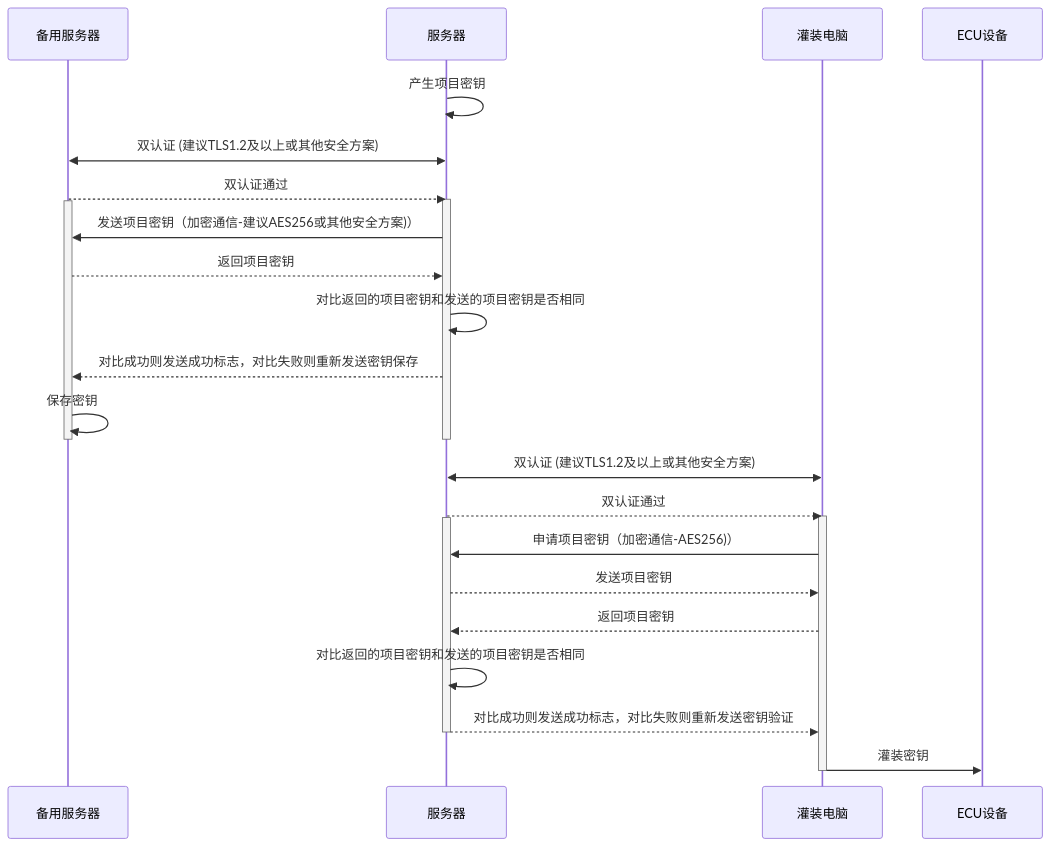
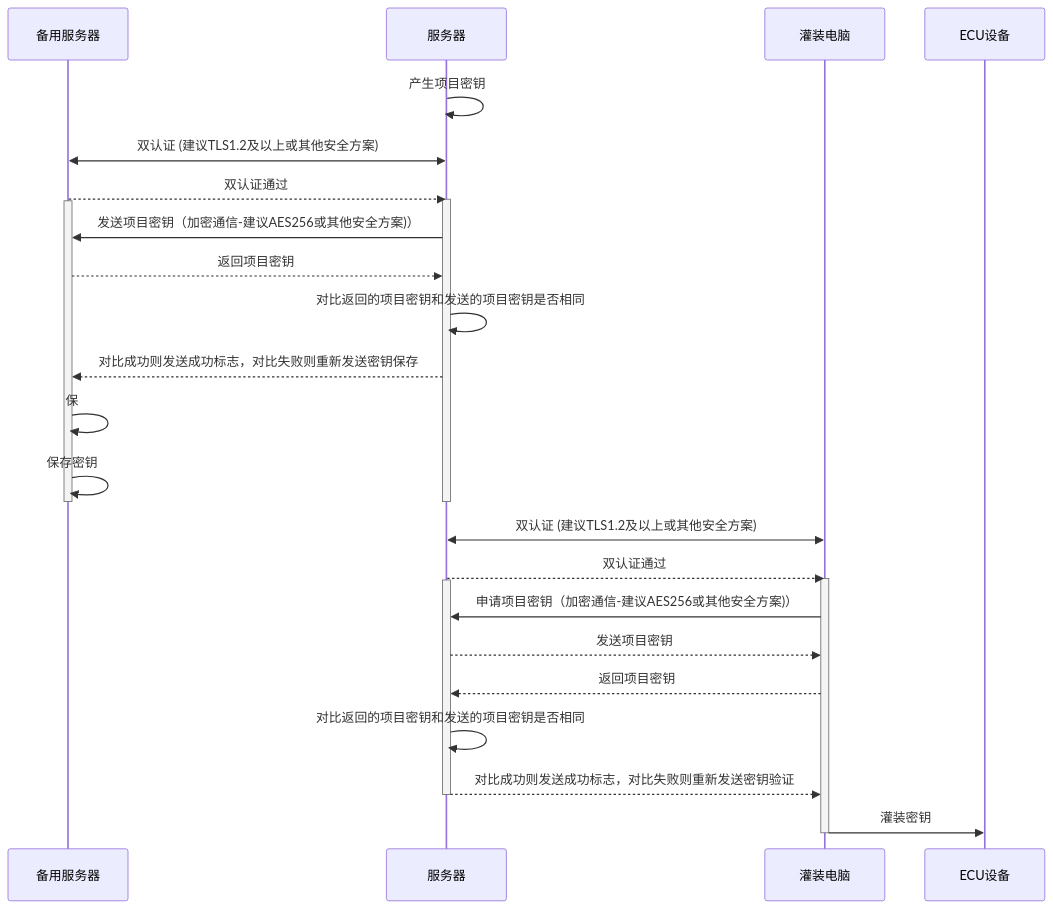
Before and after one commit to facebook-cloud/iodraw-files: the diagram in all/未命名-10.md, drawn with Mermaid.

Commit message:
2026-01-23 13:40:34 update

````diff
--- a/all/未命名-10.md
+++ b/all/未命名-10.md
@@ -1,35 +1,36 @@
 ```mermaid
 sequenceDiagram
     participant B as 备用服务器
     participant A as 服务器
     participant C as 灌装电脑
     participant D as ECU设备
 
     A->>A: 产生项目密钥
     A<<->>B: 双认证 (建议TLS1.2及以上或其他安全方案)
     B-->>A: 双认证通过
     activate A
     activate B
     A->>B: 发送项目密钥（加密通信-建议AES256或其他安全方案)）
     B-->>A: 返回项目密钥
 
     A->>A: 对比返回的项目密钥和发送的项目密钥是否相同
     A-->>B: 对比成功则发送成功标志，对比失败则重新发送密钥保存
+    B->>B: 保
     B->>B: 保存密钥
     deactivate B
     deactivate A
 
     C<<->>A: 双认证 (建议TLS1.2及以上或其他安全方案)
     A-->>C: 双认证通过
     activate C
     activate A
-    C->>A: 申请项目密钥（加密通信-AES256)）
+    C->>A: 申请项目密钥（加密通信-建议AES256或其他安全方案)）
     A-->>C: 发送项目密钥
     C-->>A: 返回项目密钥
     A->>A: 对比返回的项目密钥和发送的项目密钥是否相同
     A-->>C: 对比成功则发送成功标志，对比失败则重新发送密钥验证
     deactivate A
     C->>D: 灌装密钥
     deactivate C
 
 ```
````
